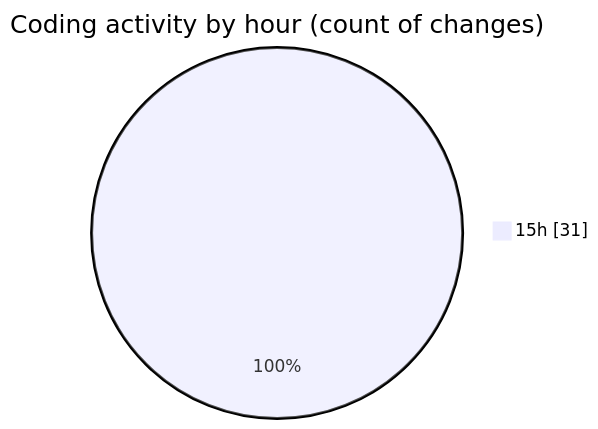
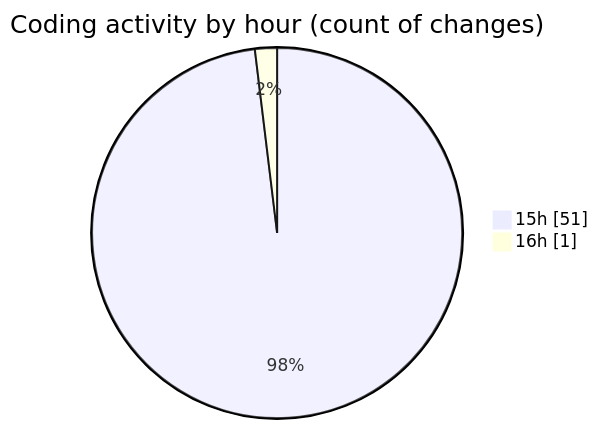
The second of 2 diagrams in 2025-05-10/elitesun/README.md (Elitesun/code-tracking), drawn with Mermaid before and after one commit. The commit also changed other lines of this file and 1 other file, not shown here.

````diff
--- a/2025-05-10/elitesun/README.md
+++ b/2025-05-10/elitesun/README.md
@@ -45,5 +56,6 @@
 ```mermaid
 pie showData
 title Coding activity by hour (count of changes)
-"15h" : 31
+"15h" : 51
+"16h" : 1
 ```
````
